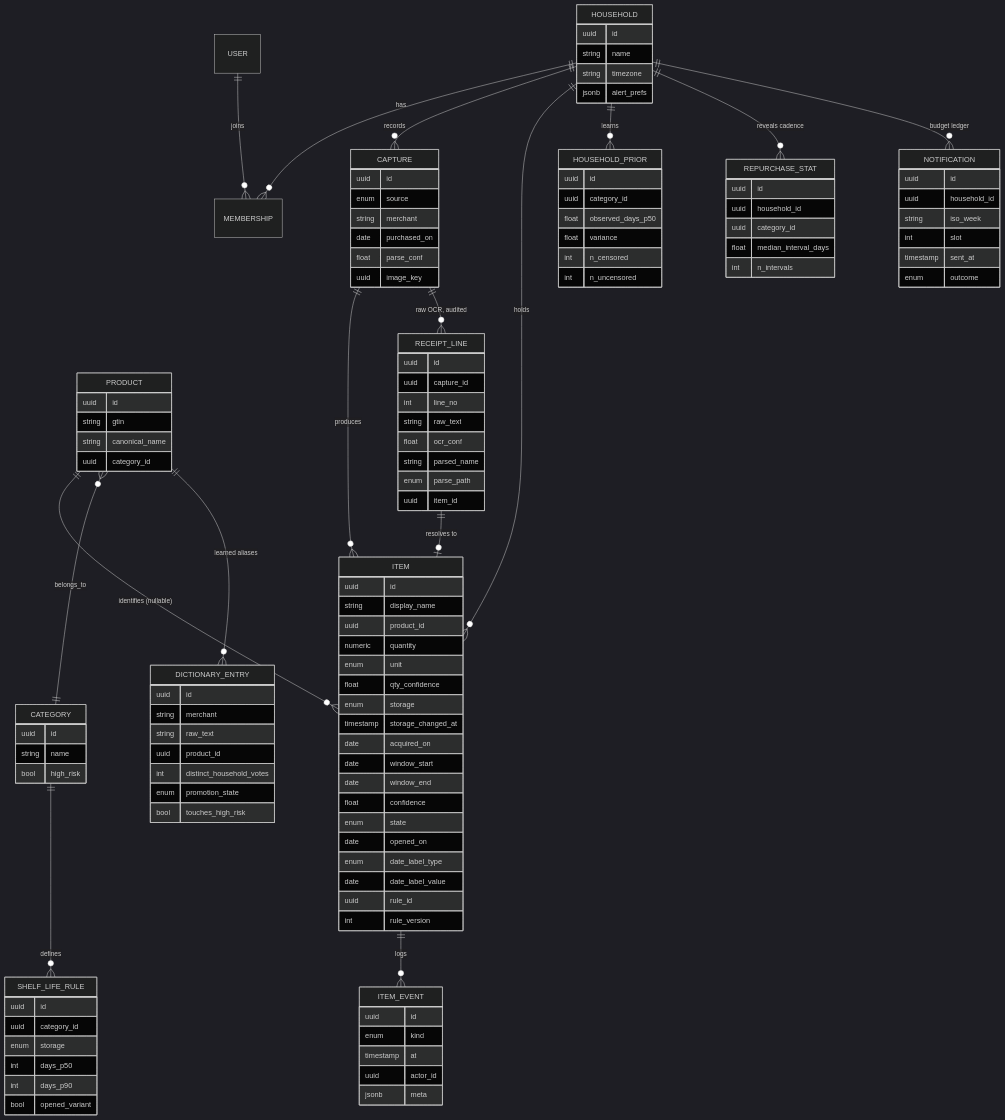
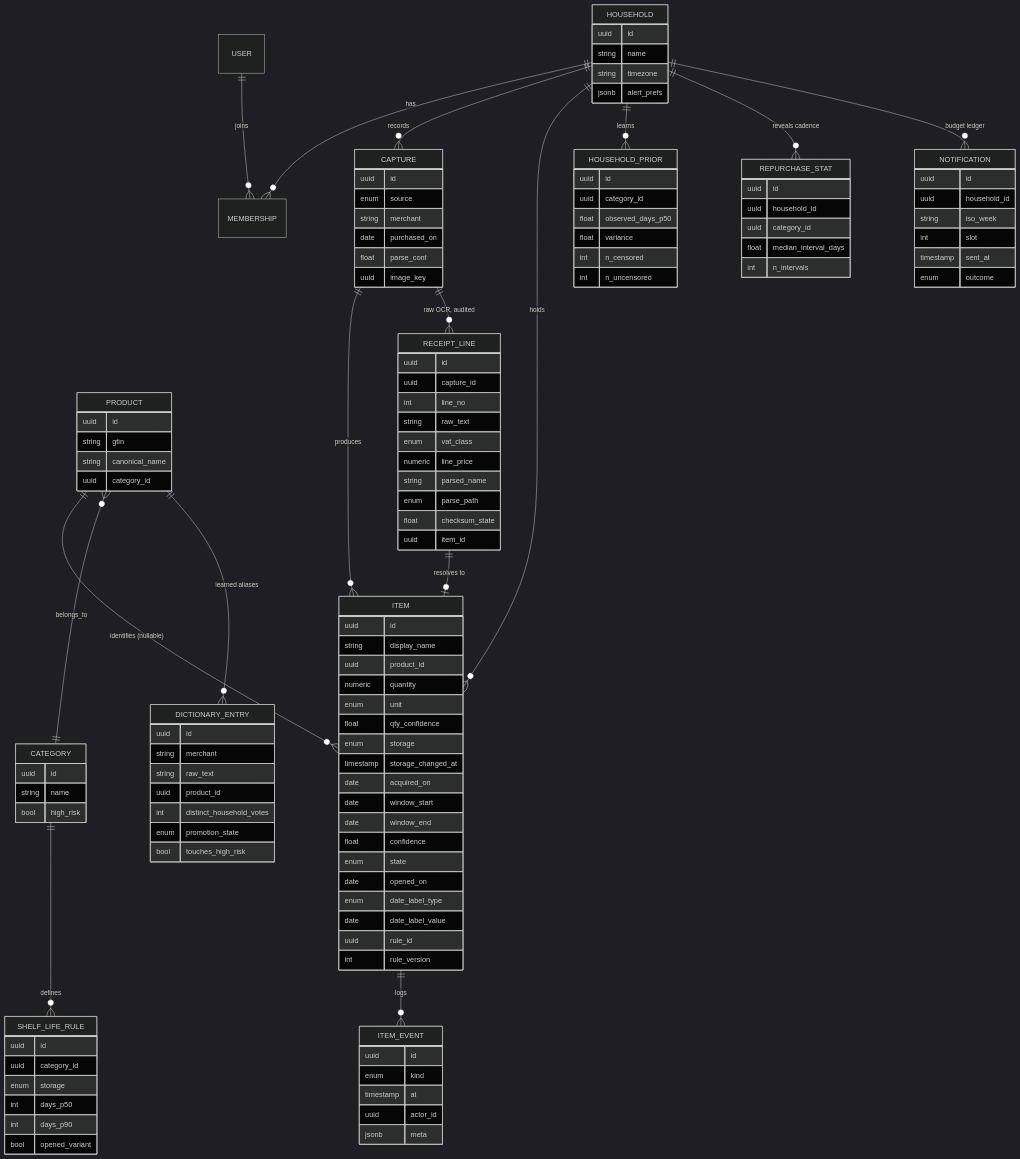
The third of 4 diagrams in docs/05-technical-architecture.md (Zogoo/scrapless), drawn with Mermaid (dark theme) before and after one commit. The commit also changed other lines of this file and 9 other files, not shown here.

````diff
--- a/docs/05-technical-architecture.md
+++ b/docs/05-technical-architecture.md
@@ -170,31 +207,31 @@
 ```mermaid
 erDiagram
     HOUSEHOLD ||--o{ MEMBERSHIP : has
     USER ||--o{ MEMBERSHIP : joins
     HOUSEHOLD ||--o{ CAPTURE : records
     CAPTURE ||--o{ ITEM : produces
     HOUSEHOLD ||--o{ ITEM : holds
     ITEM ||--o{ ITEM_EVENT : logs
     PRODUCT ||--o{ ITEM : "identifies (nullable)"
     PRODUCT }o--|| CATEGORY : belongs_to
     CATEGORY ||--o{ SHELF_LIFE_RULE : defines
     HOUSEHOLD ||--o{ HOUSEHOLD_PRIOR : learns
     HOUSEHOLD ||--o{ REPURCHASE_STAT : "reveals cadence"
     HOUSEHOLD ||--o{ NOTIFICATION : "budget ledger"
     CAPTURE ||--o{ RECEIPT_LINE : "raw OCR, audited"
     RECEIPT_LINE ||--o| ITEM : "resolves to"
     PRODUCT ||--o{ DICTIONARY_ENTRY : "learned aliases"
 
     HOUSEHOLD { uuid id string name string timezone jsonb alert_prefs }
     CAPTURE { uuid id enum source string merchant date purchased_on float parse_conf uuid image_key }
     ITEM { uuid id string display_name uuid product_id numeric quantity enum unit float qty_confidence enum storage timestamp storage_changed_at date acquired_on date window_start date window_end float confidence enum state date opened_on enum date_label_type date date_label_value uuid rule_id int rule_version }
     ITEM_EVENT { uuid id enum kind timestamp at uuid actor_id jsonb meta }
     PRODUCT { uuid id string gtin string canonical_name uuid category_id }
     CATEGORY { uuid id string name bool high_risk }
     SHELF_LIFE_RULE { uuid id uuid category_id enum storage int days_p50 int days_p90 bool opened_variant }
     HOUSEHOLD_PRIOR { uuid id uuid category_id float observed_days_p50 float variance int n_censored int n_uncensored }
-    RECEIPT_LINE { uuid id uuid capture_id int line_no string raw_text float ocr_conf string parsed_name enum parse_path uuid item_id }
+    RECEIPT_LINE { uuid id uuid capture_id int line_no string raw_text enum vat_class numeric line_price string parsed_name enum parse_path float checksum_state uuid item_id }
     DICTIONARY_ENTRY { uuid id string merchant string raw_text uuid product_id int distinct_household_votes enum promotion_state bool touches_high_risk }
     NOTIFICATION { uuid id uuid household_id string iso_week int slot timestamp sent_at enum outcome }
     REPURCHASE_STAT { uuid id uuid household_id uuid category_id float median_interval_days int n_intervals }
 ```
````
